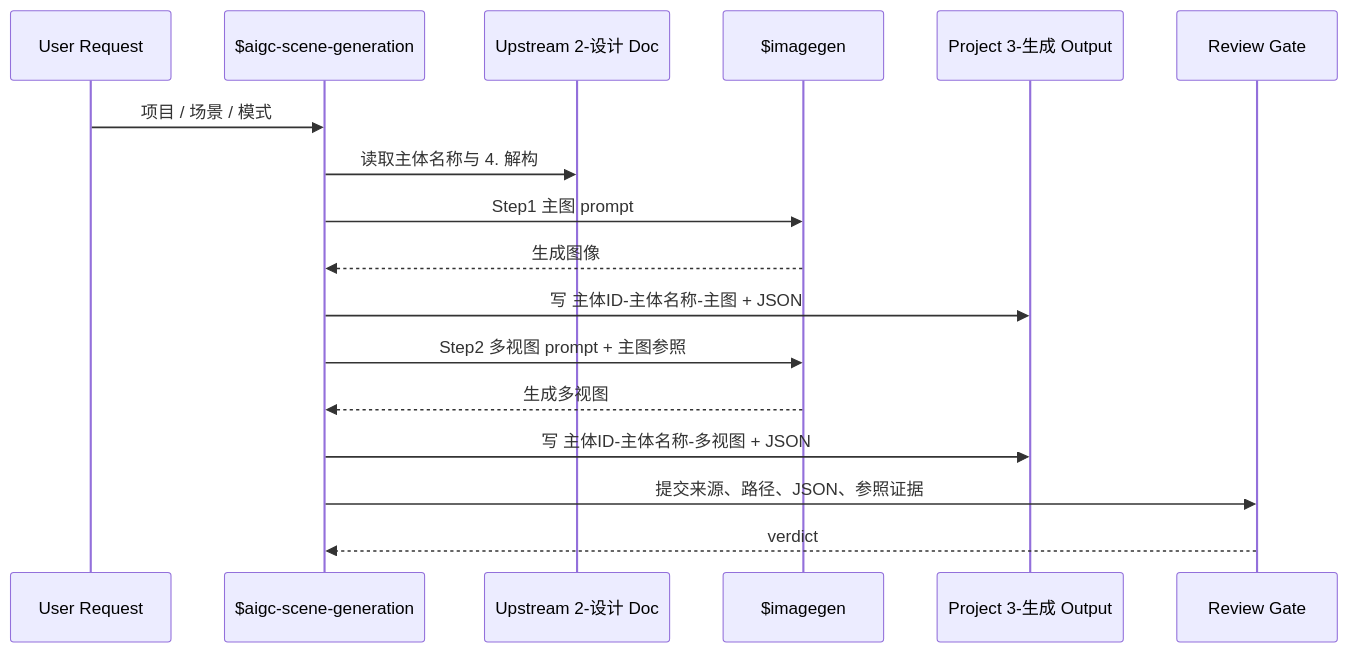
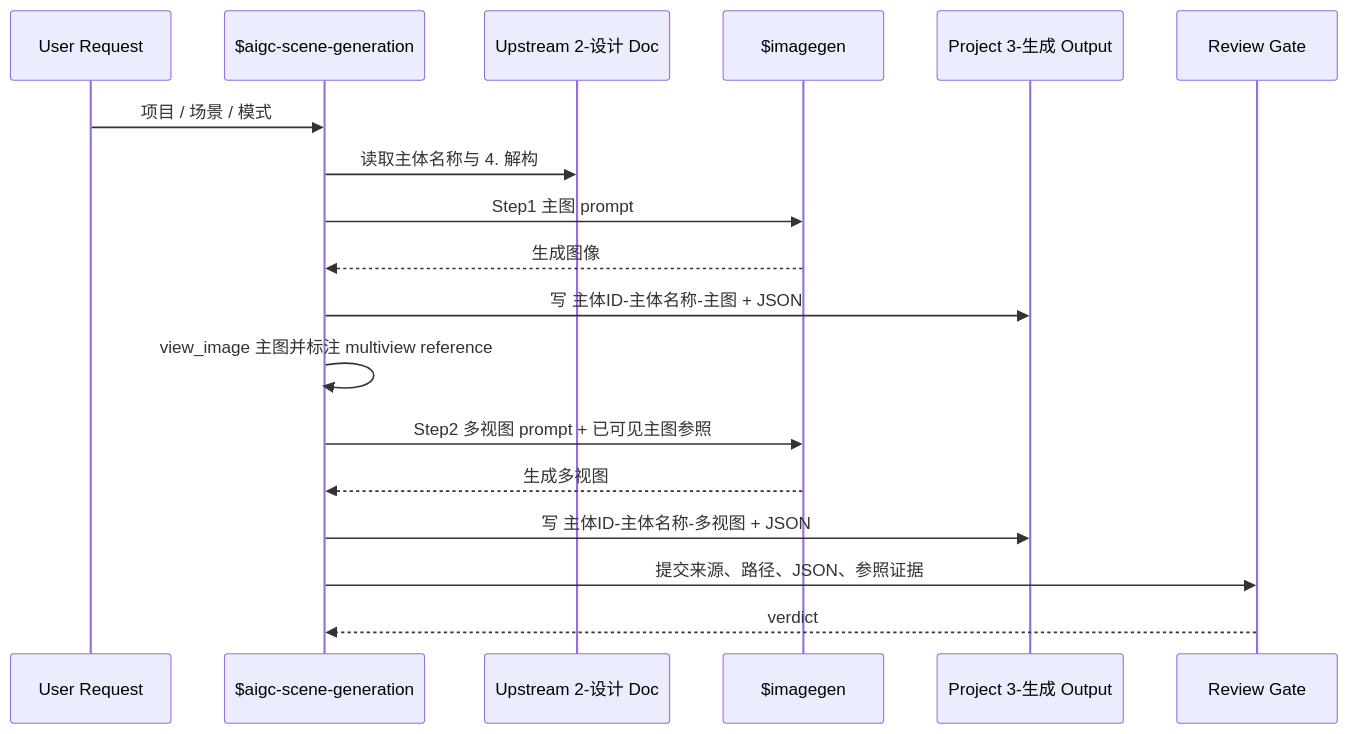
Before and after one commit to ZEN-VOID/AI-CUT: the second of 2 diagrams in .agents/skills/aigc/5-设计/场景/3-生成/steps/scene-generation-workflow.md, drawn with Mermaid. The commit also changed other lines of this file and 122 other files, not shown here.

````diff
--- a/.agents/skills/aigc/5-设计/场景/3-生成/steps/scene-generation-workflow.md
+++ b/.agents/skills/aigc/5-设计/场景/3-生成/steps/scene-generation-workflow.md
@@ -27,19 +27,20 @@
 ```mermaid
 sequenceDiagram
     participant U as User Request
     participant S as $aigc-scene-generation
     participant D as Upstream 2-设计 Doc
     participant I as $imagegen
     participant O as Project 3-生成 Output
     participant R as Review Gate
     U->>S: 项目 / 场景 / 模式
     S->>D: 读取主体名称与 4. 解构
     S->>I: Step1 主图 prompt
     I-->>S: 生成图像
     S->>O: 写 主体ID-主体名称-主图 + JSON
-    S->>I: Step2 多视图 prompt + 主图参照
+    S->>S: view_image 主图并标注 multiview reference
+    S->>I: Step2 多视图 prompt + 已可见主图参照
     I-->>S: 生成多视图
     S->>O: 写 主体ID-主体名称-多视图 + JSON
     S->>R: 提交来源、路径、JSON、参照证据
     R-->>S: verdict
 ```
````
